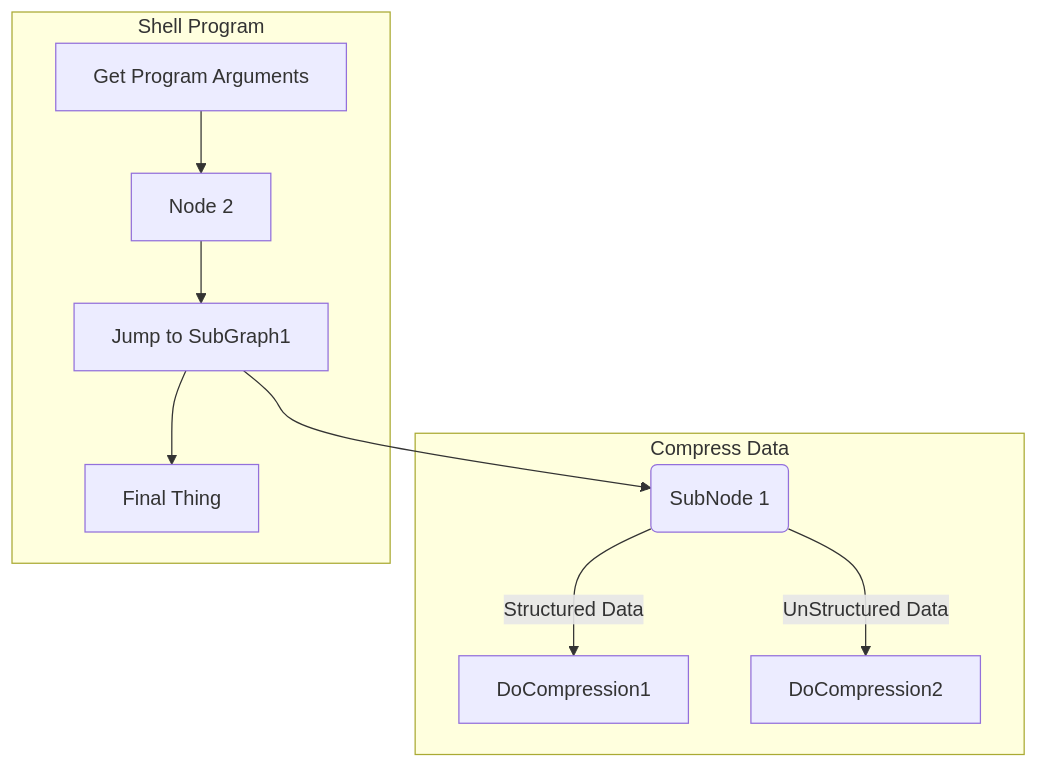
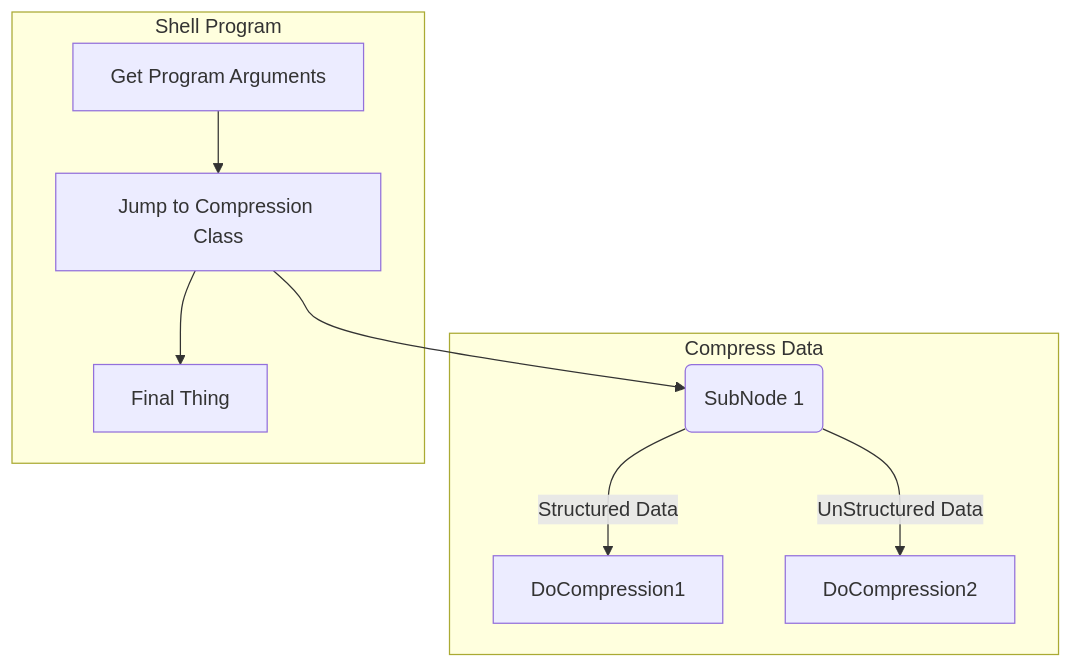
Before and after one commit to carldavidbrownjr/repo1: the third of 3 diagrams in foundation.git.markdown.md, drawn with Mermaid.

````diff
--- a/foundation.git.markdown.md
+++ b/foundation.git.markdown.md
@@ -59,16 +59,15 @@
 ```mermaid
 graph TB
 
   SubGraph1 --> SubGraph1Flow
   subgraph "Compress Data"
   SubGraph1Flow(SubNode 1)
   SubGraph1Flow -- Structured Data --> DoCompression1
   SubGraph1Flow -- UnStructured Data --> DoCompression2
   end
 
   subgraph "Shell Program"
-  userinput[Get Program Arguments] --> Node2[Node 2]
-  Node2 --> SubGraph1[Jump to SubGraph1]
+  userinput[Get Program Arguments] --> SubGraph1[Jump to Compression Class]
   SubGraph1 --> FinalThing[Final Thing]
 end
 ```
````
